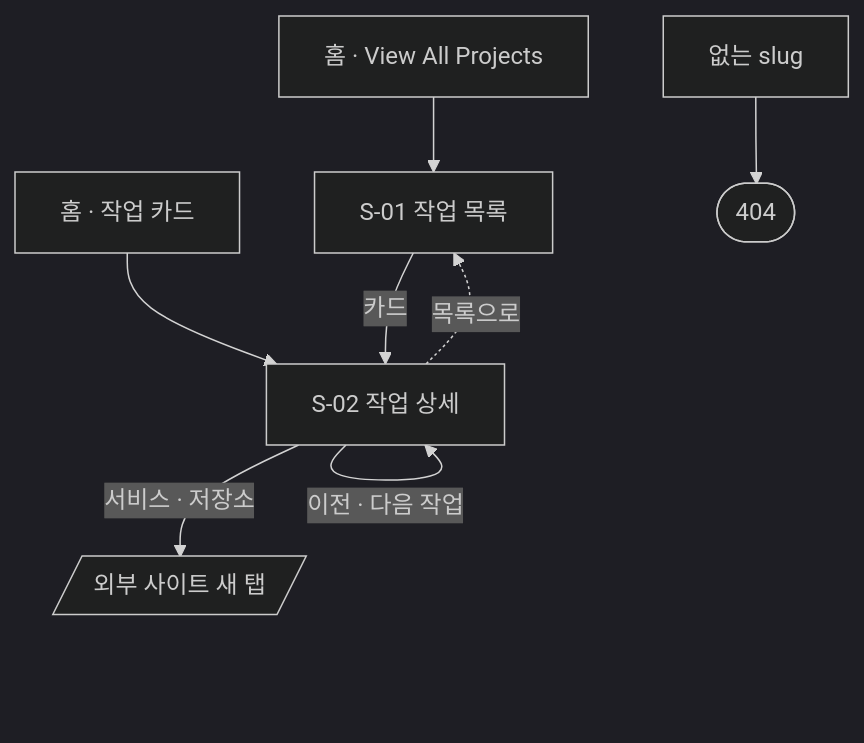
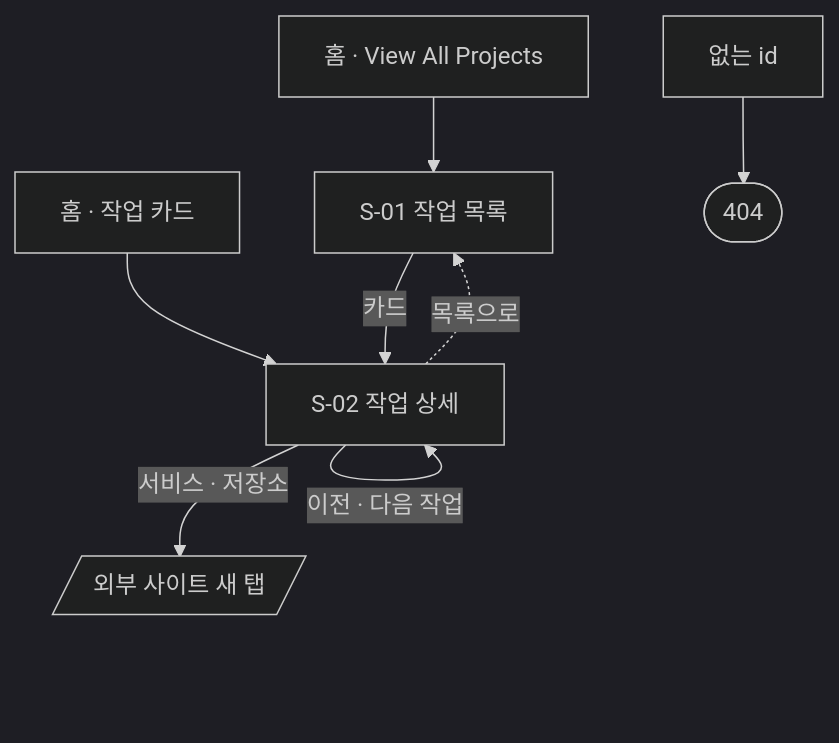
Before and after one commit to GUNIZZI/portfolio: the first of 2 diagrams in docs/plan/work/userflow.md, drawn with Mermaid (dark theme). The commit also changed 14 other files, not shown here.

````diff
--- a/docs/plan/work/userflow.md
+++ b/docs/plan/work/userflow.md
@@ -8,10 +8,10 @@
 ```mermaid
 flowchart TD
     HOME["홈 · View All Projects"]:::step --> L["S-01 작업 목록"]:::screen
     CARD["홈 · 작업 카드"]:::step --> D["S-02 작업 상세"]:::screen
     L -->|"카드"| D
     D -->|"이전 · 다음 작업"| D
     D -.->|"목록으로"| L
     D -->|"서비스 · 저장소"| EXT[/"외부 사이트 새 탭"/]:::api
-    BAD["없는 slug"]:::warn --> NF(["404"]):::done
+    BAD["없는 id"]:::warn --> NF(["404"]):::done
 ```
````
